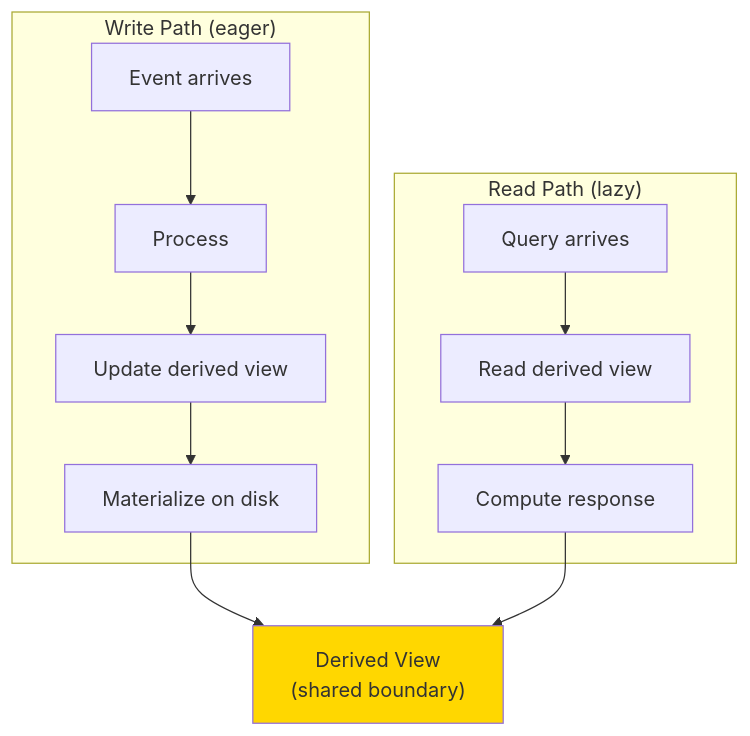
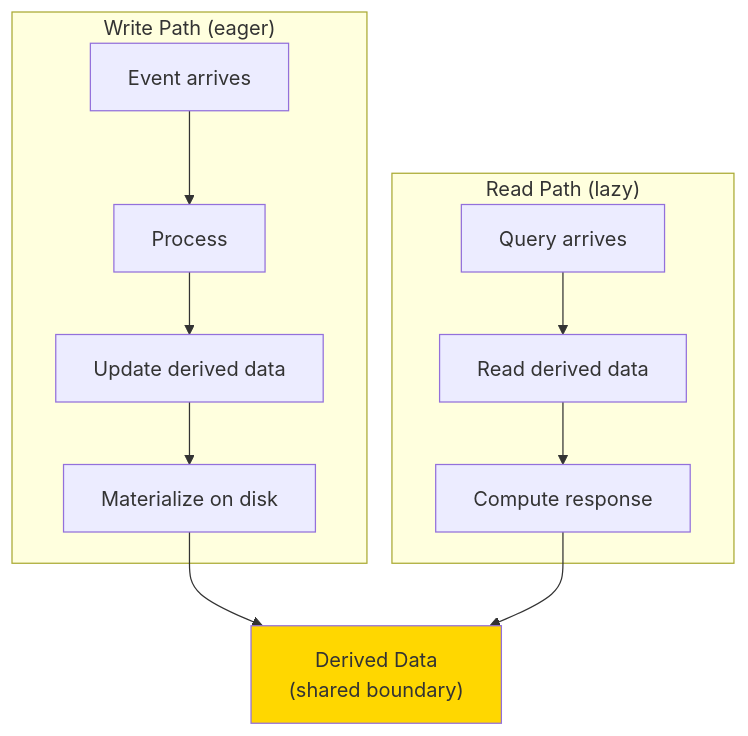
Before and after one commit to shpsi/Designing-Data-Intensive-Applications: diagram 19 of 29 in chapter-13-philosophy-streaming-systems.md, drawn with Mermaid. The commit also changed other lines of this file and 15 other files, not shown here.

````diff
--- a/chapter-13-philosophy-streaming-systems.md
+++ b/chapter-13-philosophy-streaming-systems.md
@@ -898,22 +749,22 @@
 ```mermaid
 graph TB
     subgraph "Write Path (eager)"
         W1["Event arrives"]
         W2["Process"]
-        W3["Update derived view"]
+        W3["Update derived data"]
         W4["Materialize on disk"]
     end
 
     subgraph "Read Path (lazy)"
         R1["Query arrives"]
-        R2["Read derived view"]
+        R2["Read derived data"]
         R3["Compute response"]
     end
 
-    VIEW["Derived View<br/>(shared boundary)"]
+    VIEW["Derived Data<br/>(shared boundary)"]
 
     W1 --> W2 --> W3 --> W4 --> VIEW
     R1 --> R2 --> R3 --> VIEW
 
     style VIEW fill:#FFD700
 ```
````
